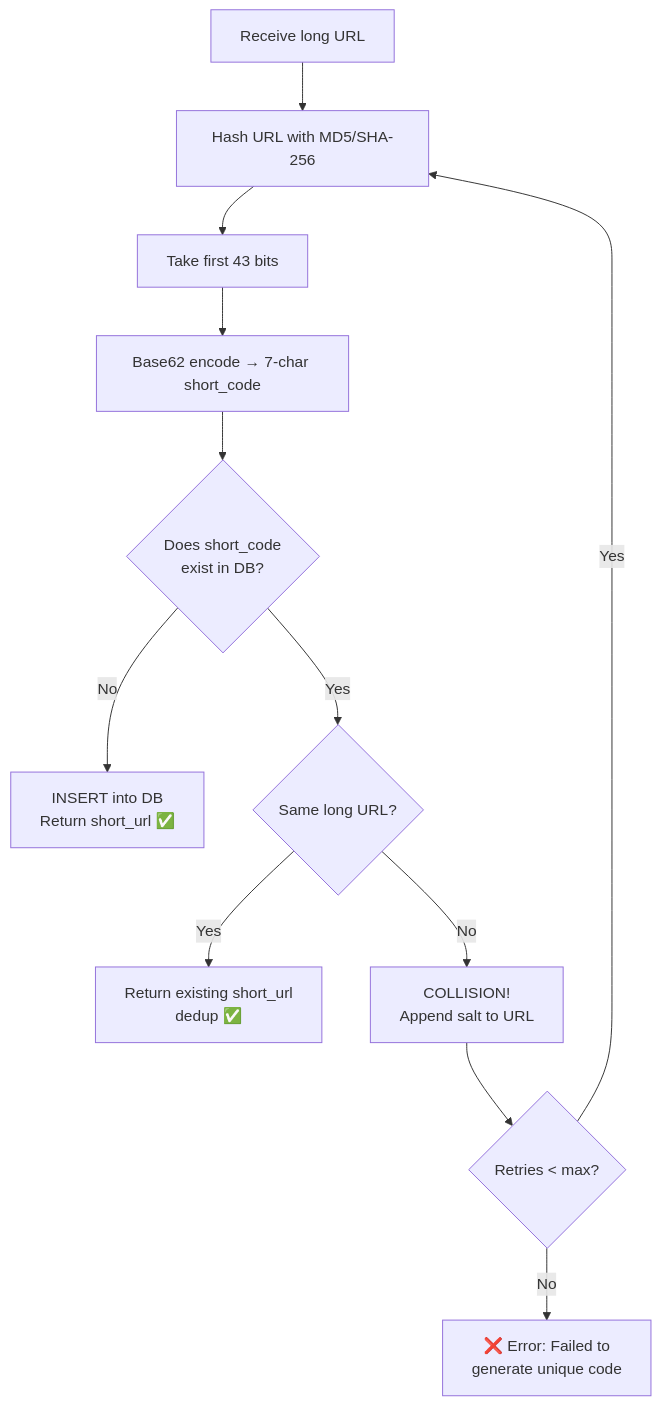
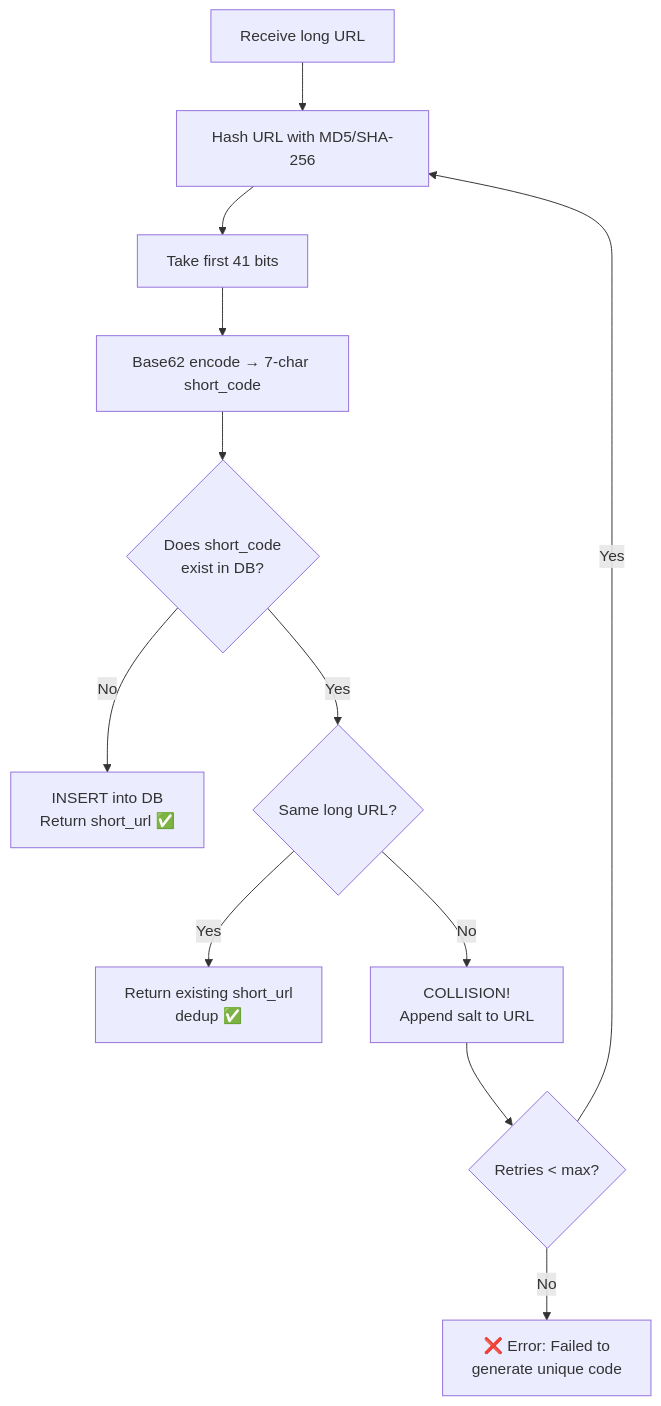
The third of 9 diagrams in hld/url_shortener.md (vipi-n/swe-101), drawn with Mermaid before and after one commit. The commit also changed other lines of this file, not shown here.

````diff
--- a/hld/url_shortener.md
+++ b/hld/url_shortener.md
@@ -761,16 +781,16 @@
 ```mermaid
 flowchart TD
     A[Receive long URL] --> B[Hash URL with MD5/SHA-256]
-    B --> C[Take first 43 bits]
+    B --> C[Take first 41 bits]
     C --> D[Base62 encode → 7-char short_code]
     D --> E{Does short_code<br/>exist in DB?}
 
     E -->|No| F[INSERT into DB<br/>Return short_url ✅]
 
     E -->|Yes| G{Same long URL?}
     G -->|Yes| H[Return existing short_url<br/>dedup ✅]
     G -->|No| I[COLLISION!<br/>Append salt to URL]
     I --> J{Retries < max?}
     J -->|Yes| B
     J -->|No| K[❌ Error: Failed to<br/>generate unique code]
 ```
````
